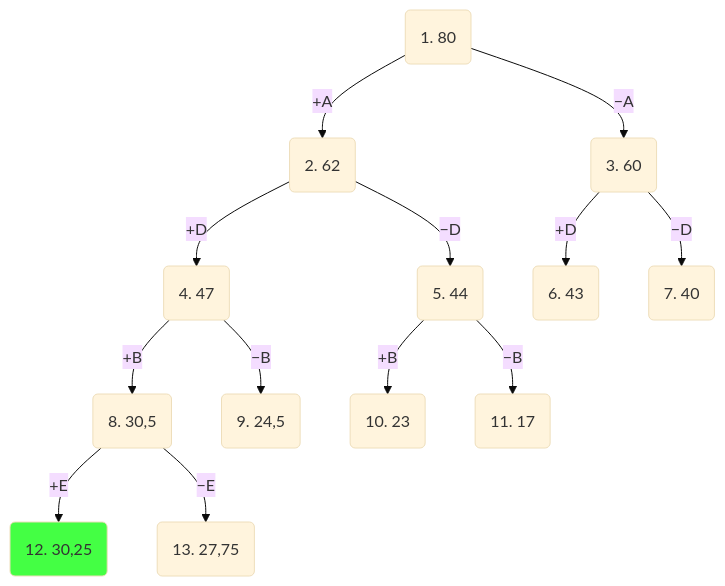
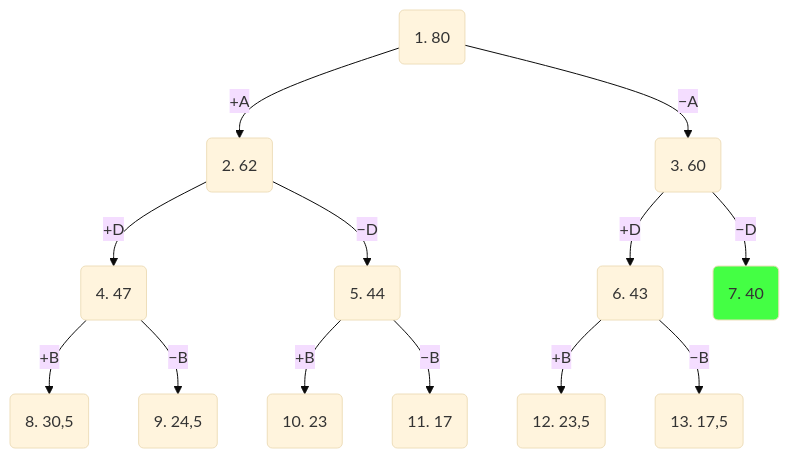
Before and after one commit to algos-ris-24-3/manual-tasks: the sixth of 9 diagrams in Задание 12/task12v4.md, drawn with Mermaid (base theme). The commit also changed other lines of this file, not shown here.

````diff
--- a/Задание 12/task12v4.md
+++ b/Задание 12/task12v4.md
@@ -234,30 +233,30 @@
 ```mermaid
 flowchart TD
     A("1. 80")
     B("2. 62")
     C("3. 60")
     D("4. 47")
     E("5. 44")
     F("6. 43")
     G("7. 40")
     H("8. 30,5")
     I("9. 24,5")
     J("10. 23")
     K("11. 17")
-    L("12. 30,25")
-    M("13. 27,75")
+    L("12. 23,5")
+    M("13. 17,5")
     A -- "+A" --> B
     A -- "−A" --> C
     B -- "+D" --> D
     B -- "−D" --> E
     C -- "+D" --> F
     C -- "−D" --> G
     D -- "+B" --> H
     D -- "−B" --> I
     E -- "+B" --> J
     E -- "−B" --> K
-    H -- "+E" --> L
-    H -- "−E" --> M
+    F -- "+B" --> L
+    F -- "−B" --> M
 
-    style L fill:#4f4f
+    style G fill:#4f4f
 ```
````
